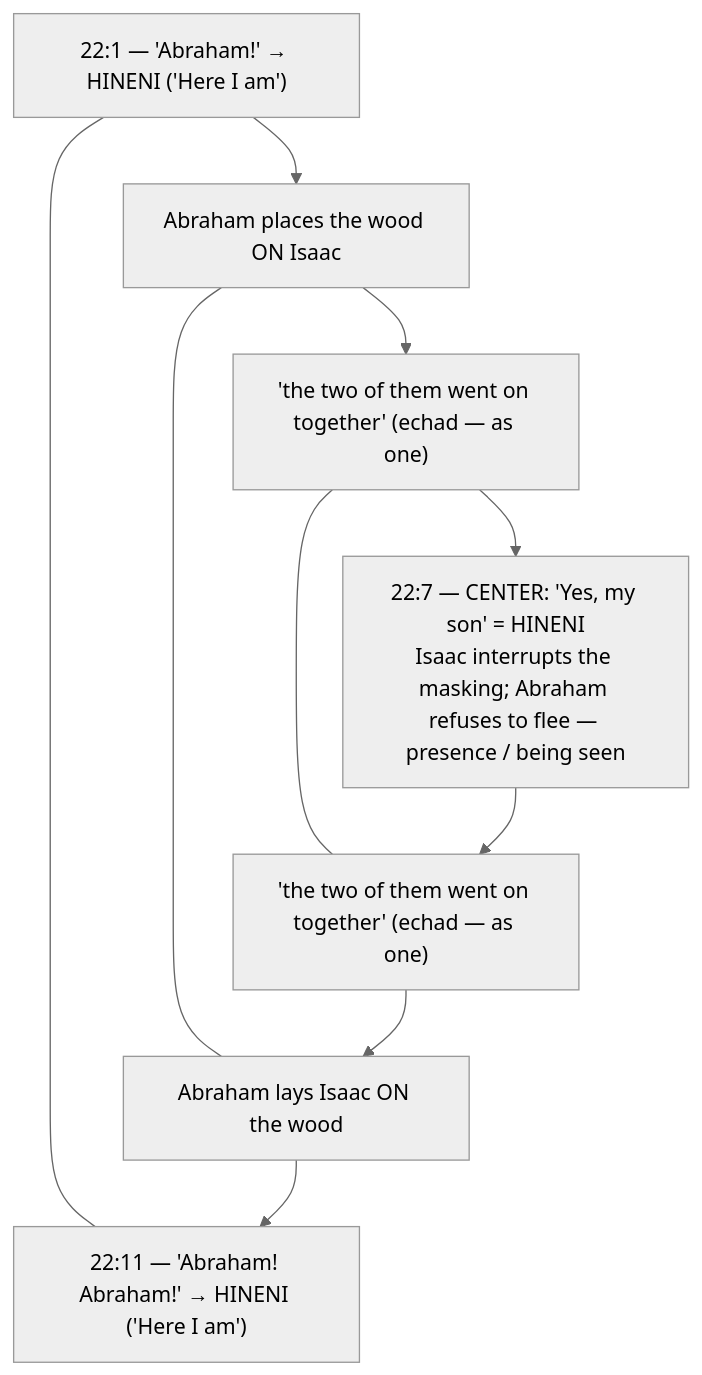
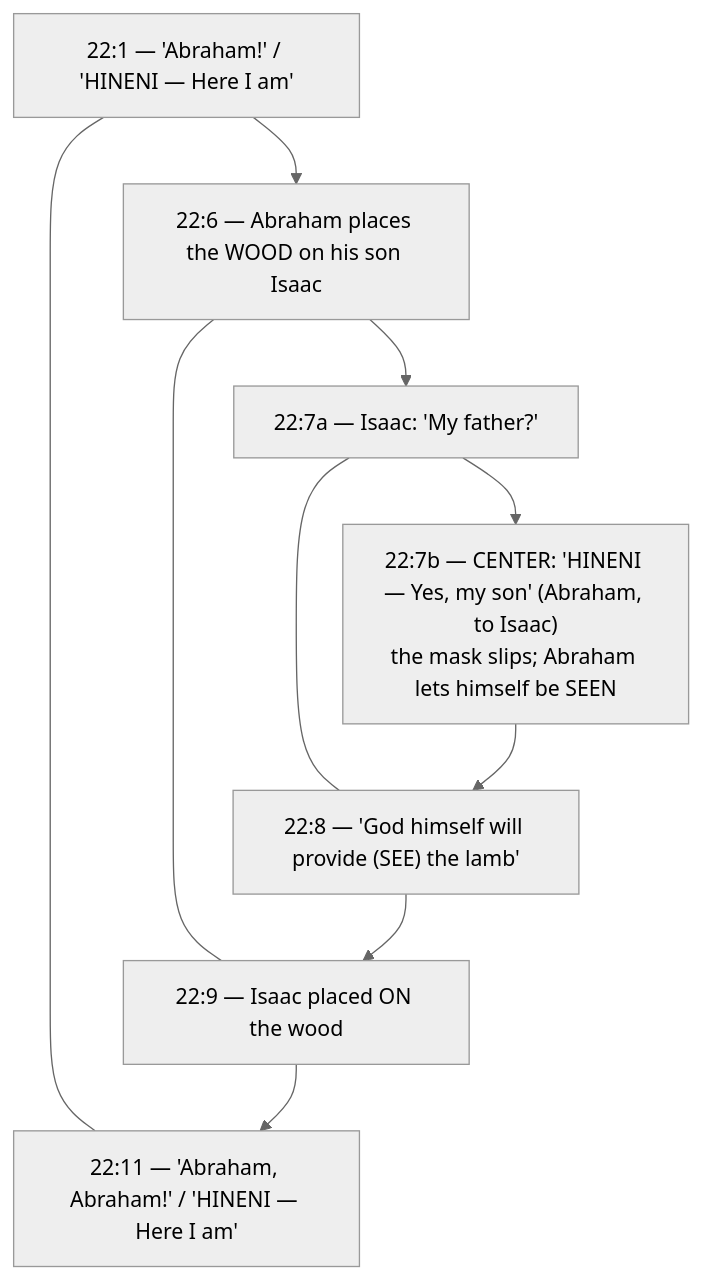
The diagram in study-guides/1-11-here-i-am.md (rmaloneycvg/bema), drawn with Mermaid (neutral theme) before and after one commit. The commit also changed other lines of this file and 35 other files, not shown here.

````diff
--- a/study-guides/1-11-here-i-am.md
+++ b/study-guides/1-11-here-i-am.md
@@ -52,15 +72,15 @@
 ```mermaid
 flowchart TB
-    A1["22:1 — 'Abraham!' → HINENI ('Here I am')"]
-    B1["Abraham places the wood ON Isaac"]
-    C1["'the two of them went on together' (echad — as one)"]
-    CENTER["22:7 — CENTER: 'Yes, my son' = HINENI<br/>Isaac interrupts the masking; Abraham refuses to flee — presence / being seen"]
-    C2["'the two of them went on together' (echad — as one)"]
-    B2["Abraham lays Isaac ON the wood"]
-    A2["22:11 — 'Abraham! Abraham!' → HINENI ('Here I am')"]
+    A1["22:1 — 'Abraham!' / 'HINENI — Here I am'"]
+    B1["22:6 — Abraham places the WOOD on his son Isaac"]
+    C1["22:7a — Isaac: 'My father?'"]
+    CENTER["22:7b — CENTER: 'HINENI — Yes, my son' (Abraham, to Isaac)<br/>the mask slips; Abraham lets himself be SEEN"]
+    C2["22:8 — 'God himself will provide (SEE) the lamb'"]
+    B2["22:9 — Isaac placed ON the wood"]
+    A2["22:11 — 'Abraham, Abraham!' / 'HINENI — Here I am'"]
 
     A1 --- A2
     B1 --- B2
     C1 --- C2
     A1 --> B1 --> C1 --> CENTER --> C2 --> B2 --> A2
 ```
````
